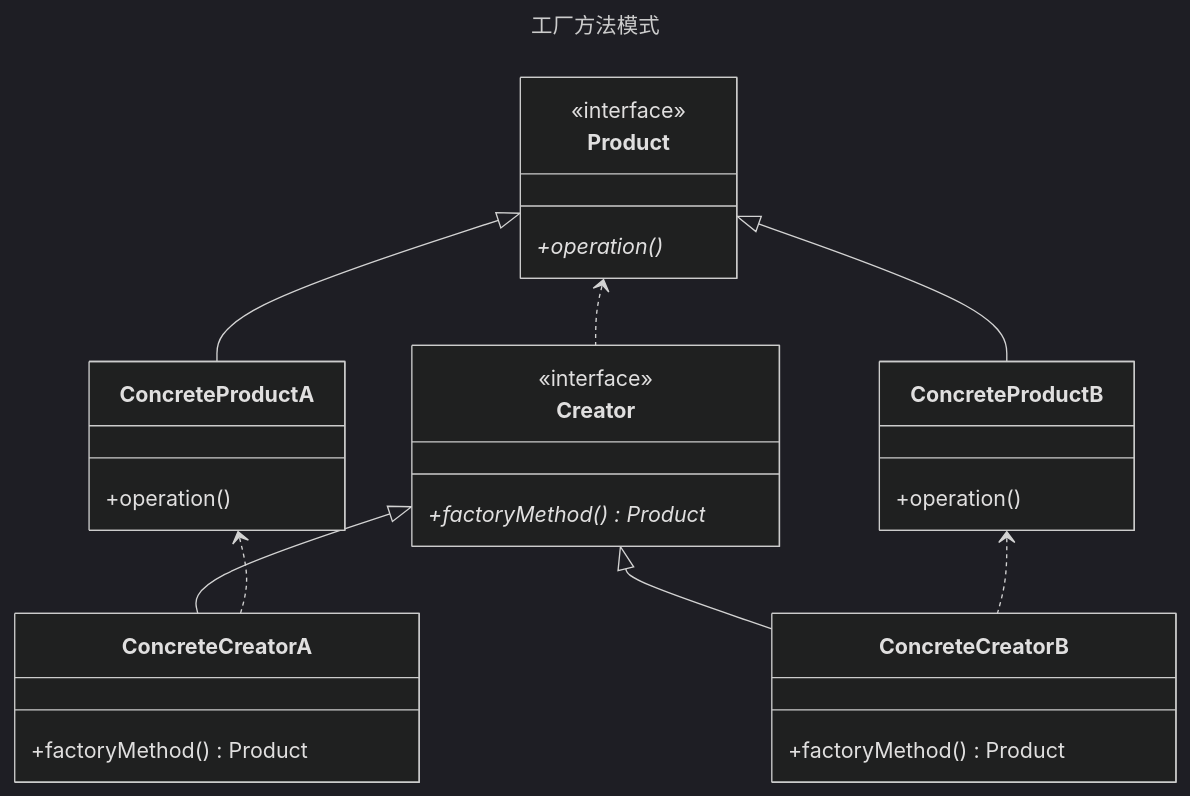
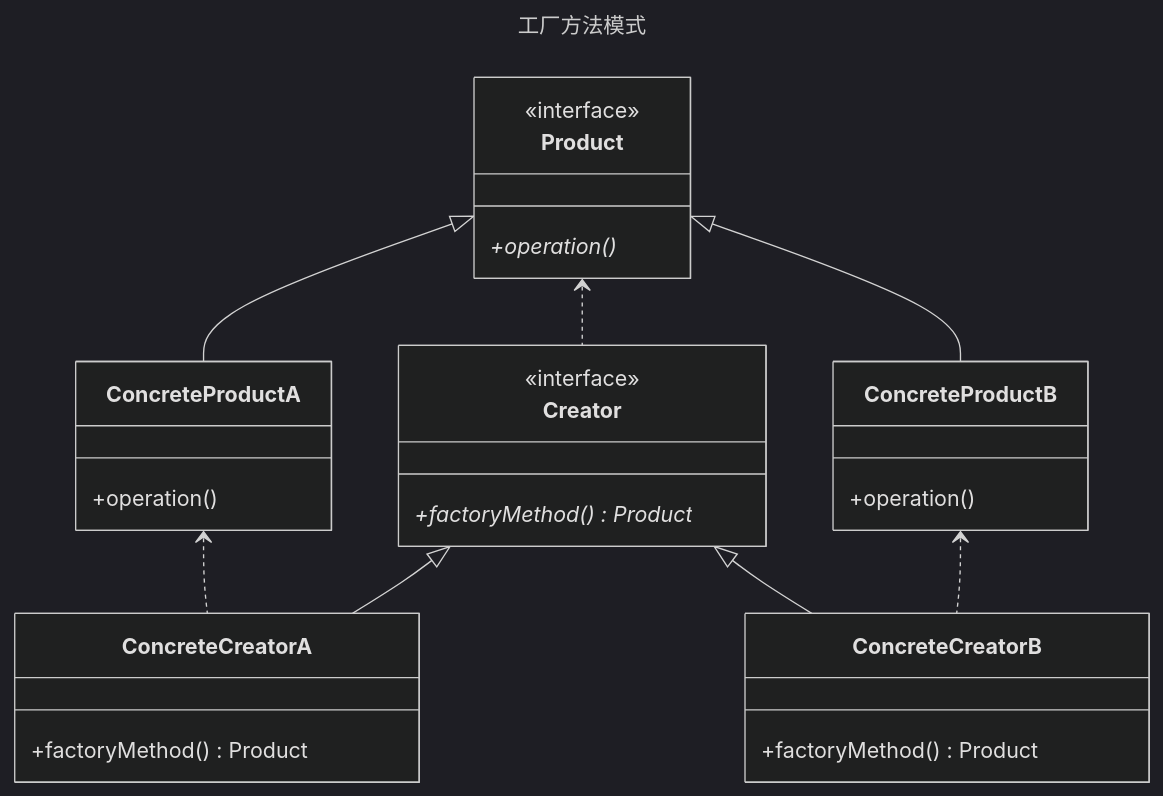
Before and after one commit to fengyun89/typescript-design-patterns: the diagram in factory-method/README.md, drawn with Mermaid (dark theme). The commit also changed 2 other files, not shown here.

Commit message:
抽象工厂类图style

````diff
--- a/factory-method/README.md
+++ b/factory-method/README.md
@@ -1,33 +1,33 @@
 ```mermaid
 ---
 title: 工厂方法模式
 ---
 classDiagram
     class Product {
         <<interface>>
         +operation()*
     }
     class ConcreteProductA {
         +operation()
     }
     class ConcreteProductB {
         +operation()
     }
     class Creator {
         <<interface>>
         +factoryMethod()* Product
     }
     class ConcreteCreatorA {
         +factoryMethod() Product
     }
     class ConcreteCreatorB {
         +factoryMethod() Product
     }
     Product <|-- ConcreteProductA
-    Product <|-- ConcreteProductB 
-    Creator <|-- ConcreteCreatorA 
-    Creator <|-- ConcreteCreatorB 
-    Product <.. Creator 
-    ConcreteProductA <.. ConcreteCreatorA 
-    ConcreteProductB <.. ConcreteCreatorB 
+    Product <.. Creator
+    Product <|-- ConcreteProductB
+    ConcreteProductA <.. ConcreteCreatorA
+    Creator <|-- ConcreteCreatorA
+    Creator <|-- ConcreteCreatorB
+    ConcreteProductB <.. ConcreteCreatorB
 ```
````
